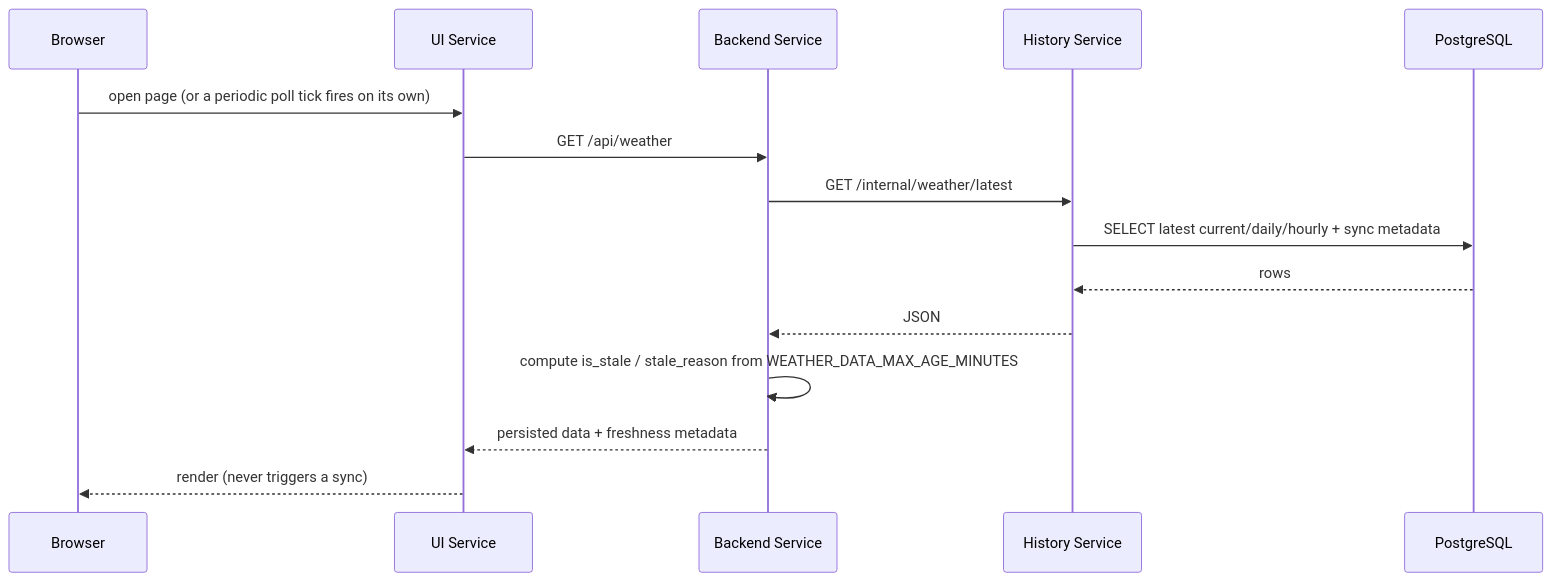
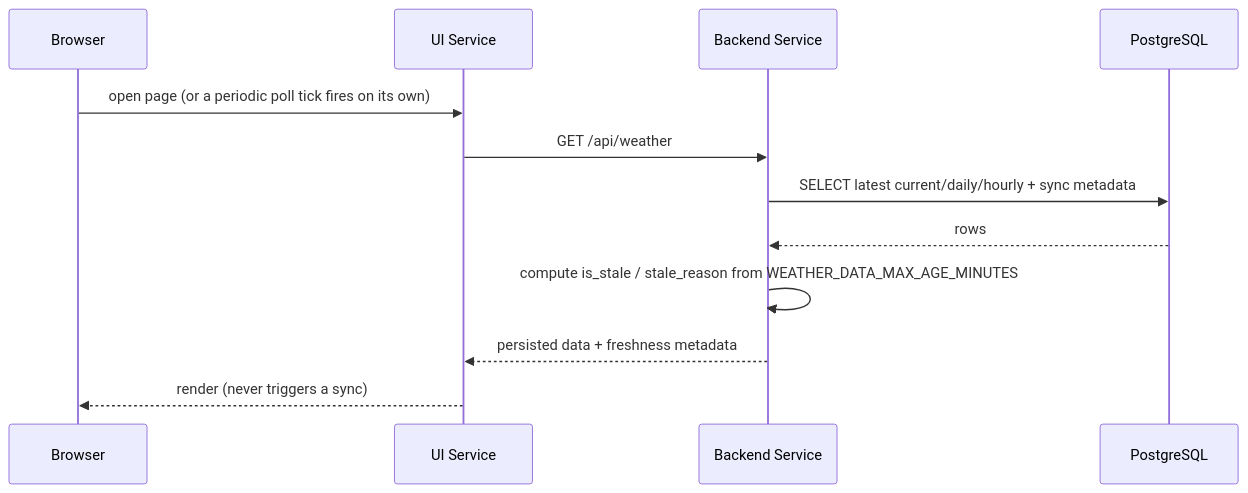
The third of 4 diagrams in docs/architecture.md (ua-academy-projects/push-and-pray), drawn with Mermaid before and after one commit. The commit also changed other lines of this file and 177 other files, not shown here.

````diff
--- a/docs/architecture.md
+++ b/docs/architecture.md
@@ -89,18 +100,15 @@
 ```mermaid
 sequenceDiagram
     participant U as Browser
     participant UI as UI Service
     participant B as Backend Service
-    participant H as History Service
     participant P as PostgreSQL
 
     U->>UI: open page (or a periodic poll tick fires on its own)
     UI->>B: GET /api/weather
-    B->>H: GET /internal/weather/latest
-    H->>P: SELECT latest current/daily/hourly + sync metadata
-    P-->>H: rows
-    H-->>B: JSON
+    B->>P: SELECT latest current/daily/hourly + sync metadata
+    P-->>B: rows
     B->>B: compute is_stale / stale_reason from WEATHER_DATA_MAX_AGE_MINUTES
     B-->>UI: persisted data + freshness metadata
     UI-->>U: render (never triggers a sync)
 ```
````
